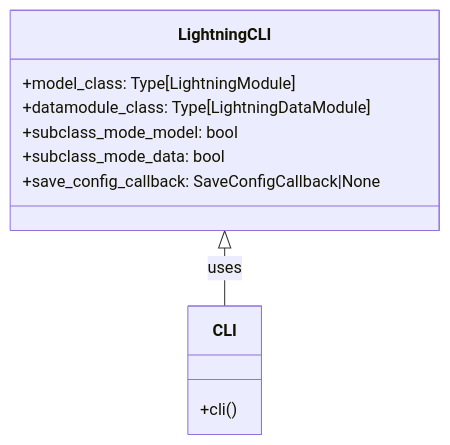
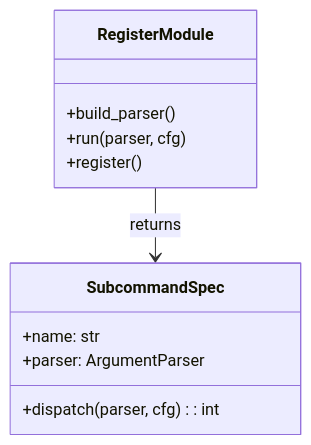
Before and after one commit to samet-akcay/physical-ai-studio: the first of 2 diagrams in library/docs/explanation/cli/lightning_cli.md, drawn with Mermaid. The commit also changed other lines of this file and 24 other files, not shown here.

Commit message:
feat(cli): register studio subcommands with shared physicalai host

````diff
--- a/library/docs/explanation/cli/lightning_cli.md
+++ b/library/docs/explanation/cli/lightning_cli.md
@@ -9,16 +9,16 @@
 ```mermaid
 classDiagram
-    class LightningCLI {
-        +model_class: Type[LightningModule]
-        +datamodule_class: Type[LightningDataModule]
-        +subclass_mode_model: bool
-        +subclass_mode_data: bool
-        +save_config_callback: SaveConfigCallback|None
+    class SubcommandSpec {
+        +name: str
+        +parser: ArgumentParser
+        +dispatch(parser, cfg): int
     }
 
-    class CLI {
-        +cli()
+    class RegisterModule {
+        +build_parser()
+        +run(parser, cfg)
+        +register()
     }
 
-    LightningCLI <|-- CLI : uses
+    RegisterModule --> SubcommandSpec : returns
 ```
````
